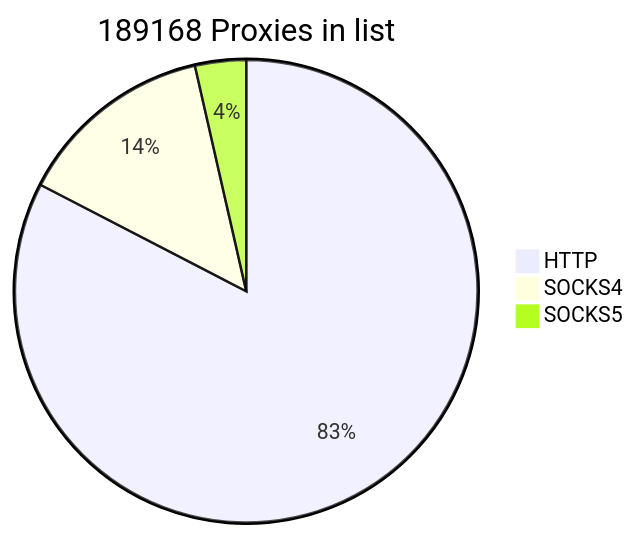
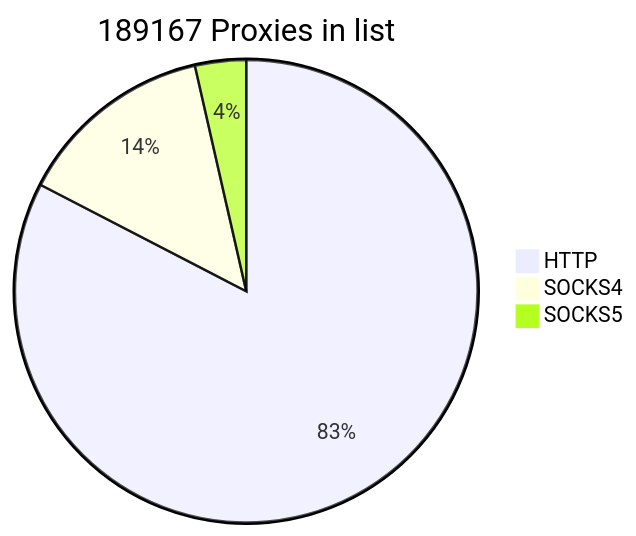
The first of 2 diagrams in README.md (cutipu/proxylist), drawn with Mermaid before and after one commit. The commit also changed other lines of this file, not shown here.

````diff
--- a/README.md
+++ b/README.md
@@ -9,7 +9,7 @@
 ```mermaid
-pie title 189168 Proxies in list
-    "HTTP" : 156247
+pie title 189167 Proxies in list
+    "HTTP" : 156246
     "SOCKS4" : 26179
     "SOCKS5" : 6742
             
 ```
````
